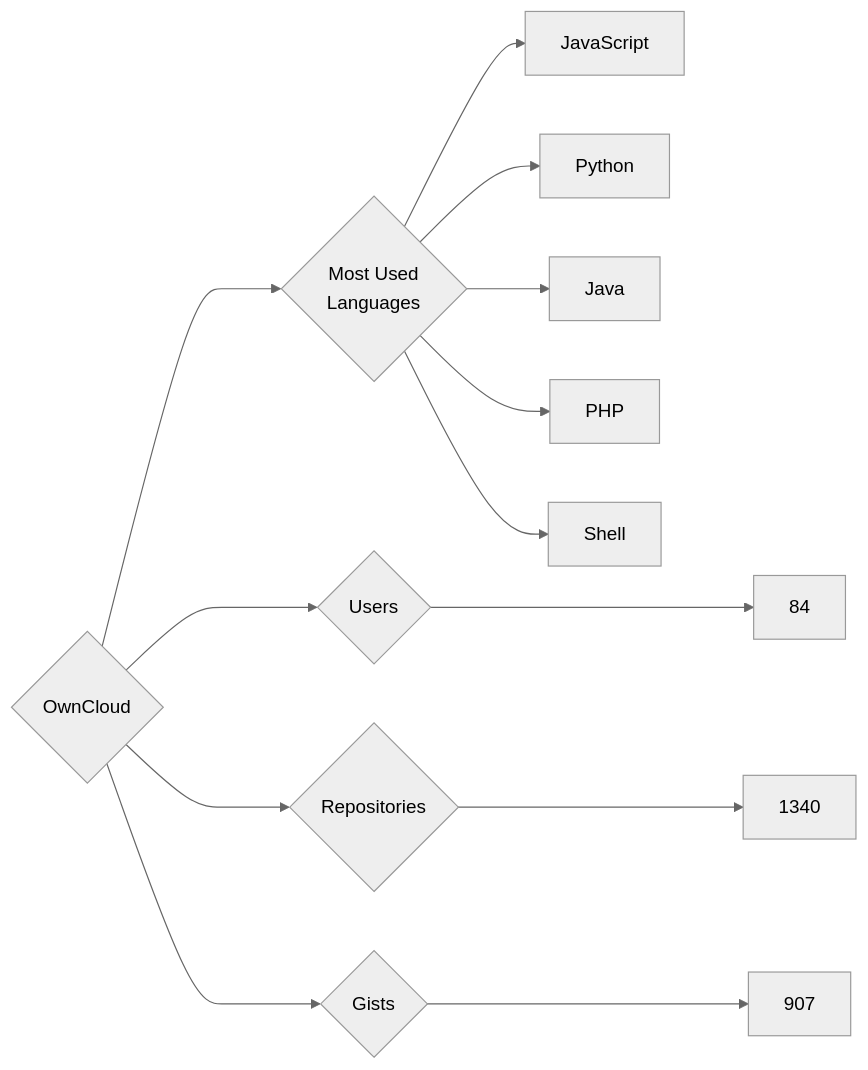
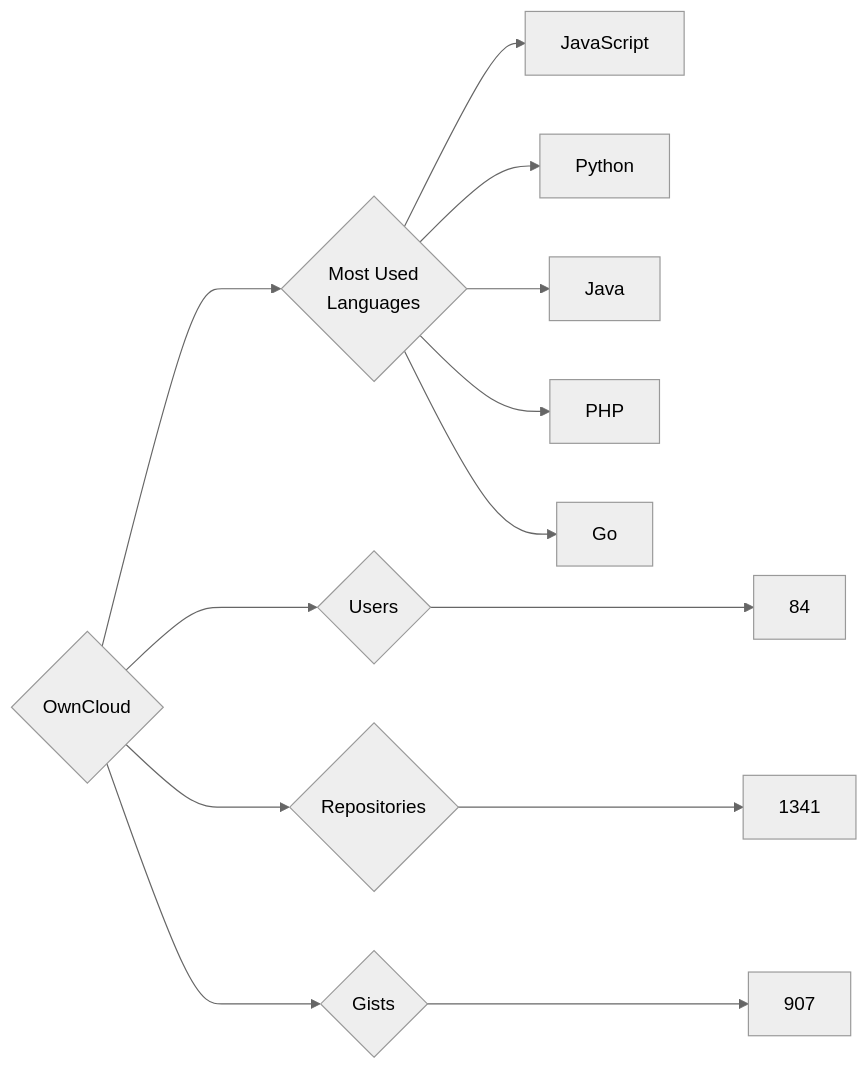
The diagram in targets/OwnCloud/README.md (trickest/insiders), drawn with Mermaid (neutral theme) before and after one commit. The commit also changed 444 other files, not shown here.

````diff
--- a/targets/OwnCloud/README.md
+++ b/targets/OwnCloud/README.md
@@ -3,13 +3,13 @@
 ```mermaid
 graph LR
 COMPANY_NAME{OwnCloud}
 COMPANY_NAME ---> U{Users} ---> UN[84]
-COMPANY_NAME ---> R{Repositories} ---> RN[1340]
+COMPANY_NAME ---> R{Repositories} ---> RN[1341]
 COMPANY_NAME ---> G{Gists} ---> GN[907]
 COMPANY_NAME ---> ML{Most Used<br>Languages}
 ML --> JavaScript[JavaScript]
 ML --> Python[Python]
 ML --> Java[Java]
 ML --> PHP[PHP]
-ML --> Shell[Shell]
+ML --> Go[Go]
 ```
````
